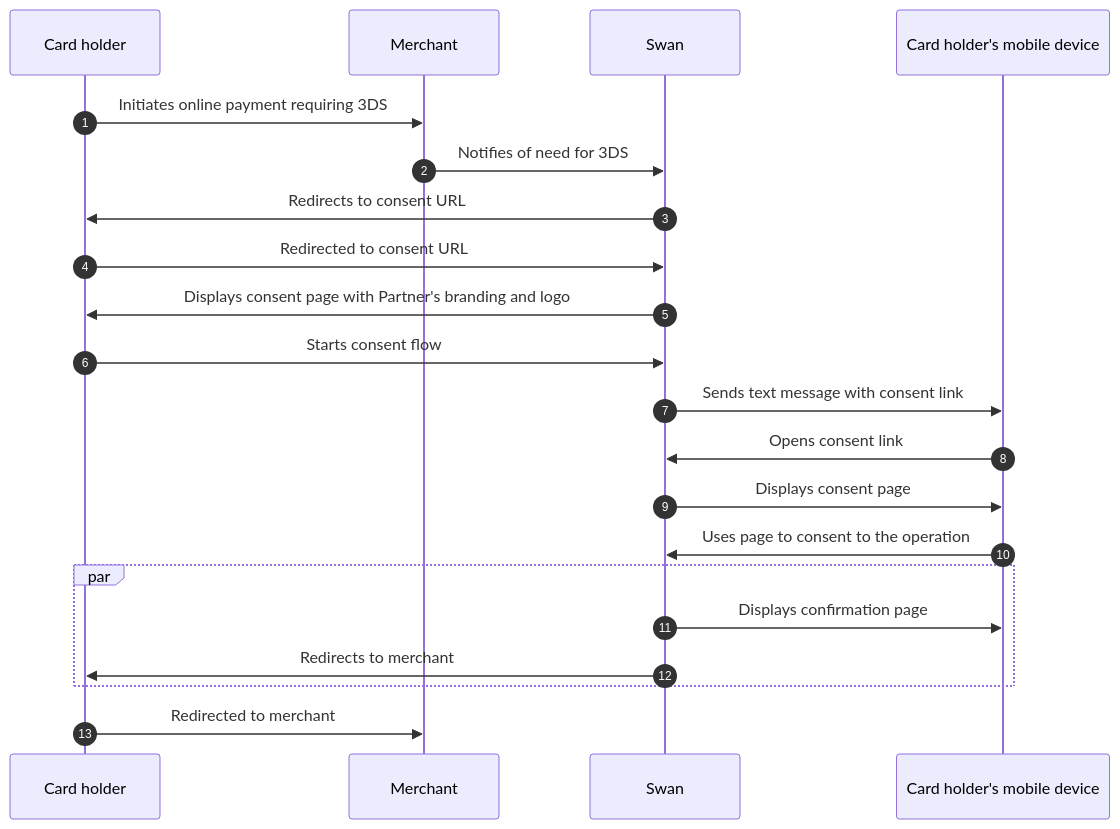
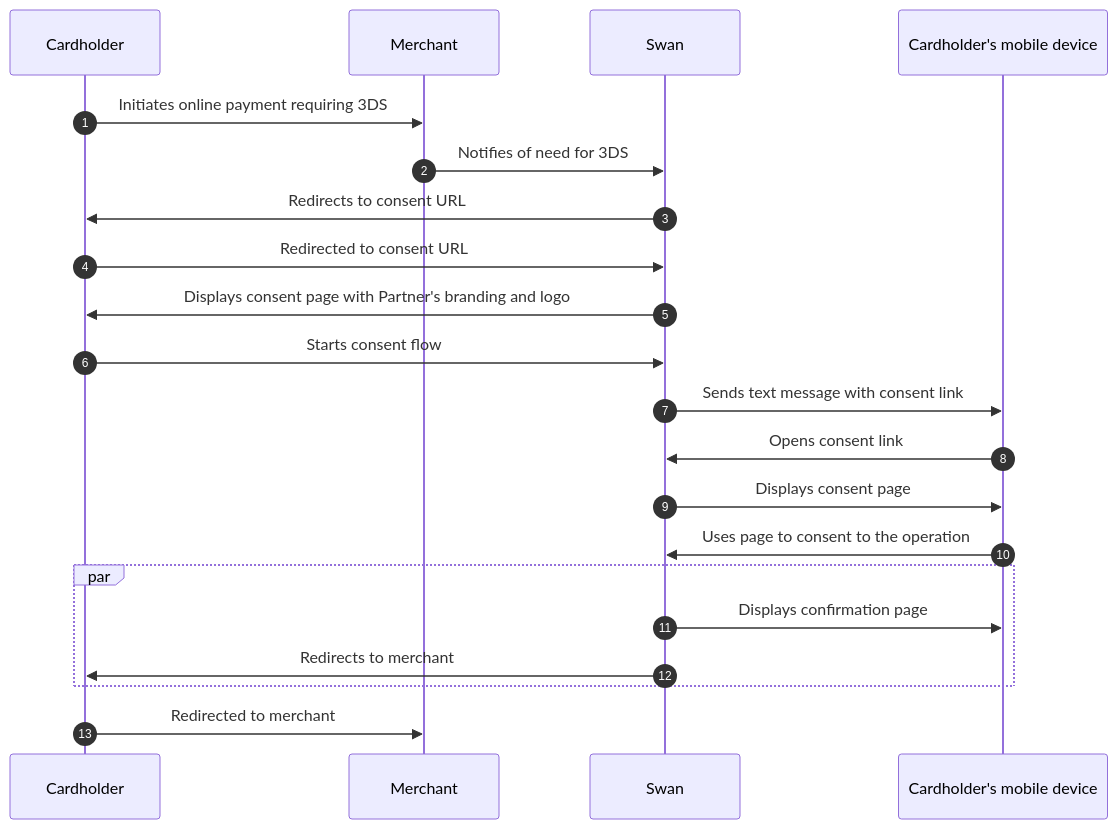
One commit to swan-io/docs changed the second of 2 diagrams in docs/topics/payments/cards/index.mdx. Above: the diagram before and after it, drawn with Mermaid. The commit also changed other lines of this file and 24 other files, not shown here.

Commit message:
DOC-610 replace card holder with cardholder

````diff
--- a/docs/topics/payments/cards/index.mdx
+++ b/docs/topics/payments/cards/index.mdx
@@ -330,23 +330,23 @@
 ```mermaid
 sequenceDiagram
 autonumber
-participant CH as Card holder
+participant CH as Cardholder
 participant M as Merchant
 participant S as Swan
-participant CM as Card holder's mobile device
+participant CM as Cardholder's mobile device
     CH->> M: Initiates online payment requiring 3DS
     M ->> S: Notifies of need for 3DS
     S ->> CH: Redirects to consent URL
     CH->> S: Redirected to consent URL
     S ->> CH: Displays consent page with Partner's branding and logo
     CH->> S: Starts consent flow
     S ->> CM: Sends text message with consent link
     CM ->> S: Opens consent link
     S ->> CM: Displays consent page
     CM ->> S: Uses page to consent to the operation
     par
         S ->> CM: Displays confirmation page
         S ->> CH: Redirects to merchant
     end
     CH->> M: Redirected to merchant
 ```
````
